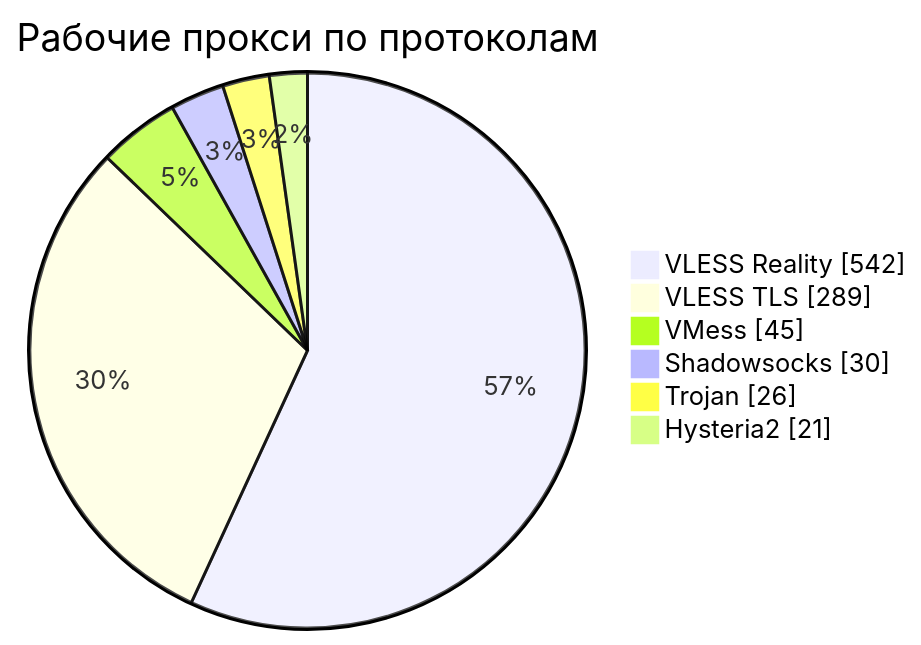
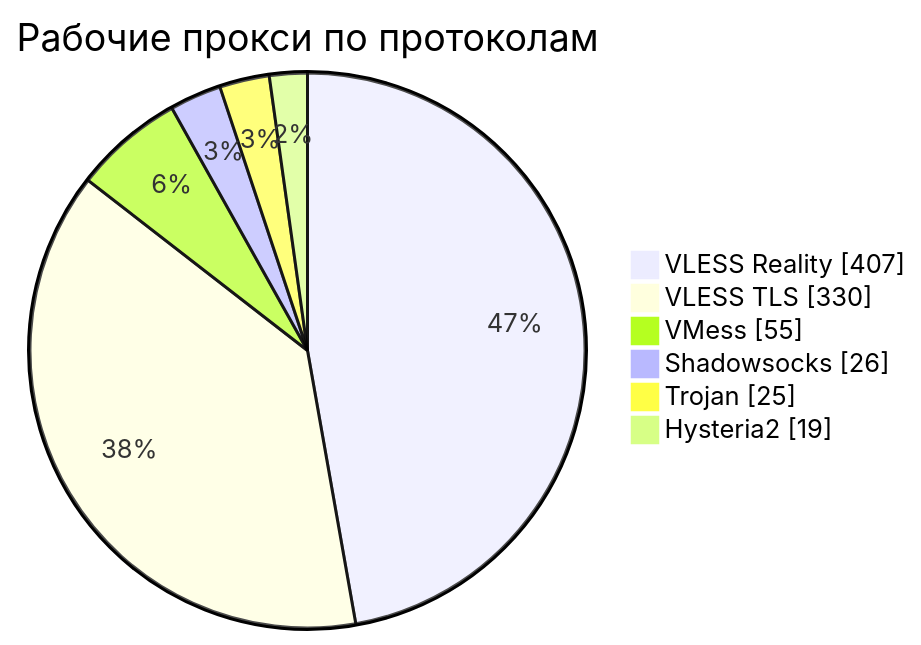
The third of 4 diagrams in README.md (rvvg/proxy-subs), drawn with Mermaid before and after one commit. The commit also changed other lines of this file and 54 other files, not shown here.

````diff
--- a/README.md
+++ b/README.md
@@ -145,10 +137,10 @@
 ```mermaid
 pie showData
     title Рабочие прокси по протоколам
-    "VLESS Reality" : 542
-    "VLESS TLS" : 289
-    "VMess" : 45
-    "Shadowsocks" : 30
-    "Trojan" : 26
-    "Hysteria2" : 21
+    "VLESS Reality" : 407
+    "VLESS TLS" : 330
+    "VMess" : 55
+    "Shadowsocks" : 26
+    "Trojan" : 25
+    "Hysteria2" : 19
 ```
````
